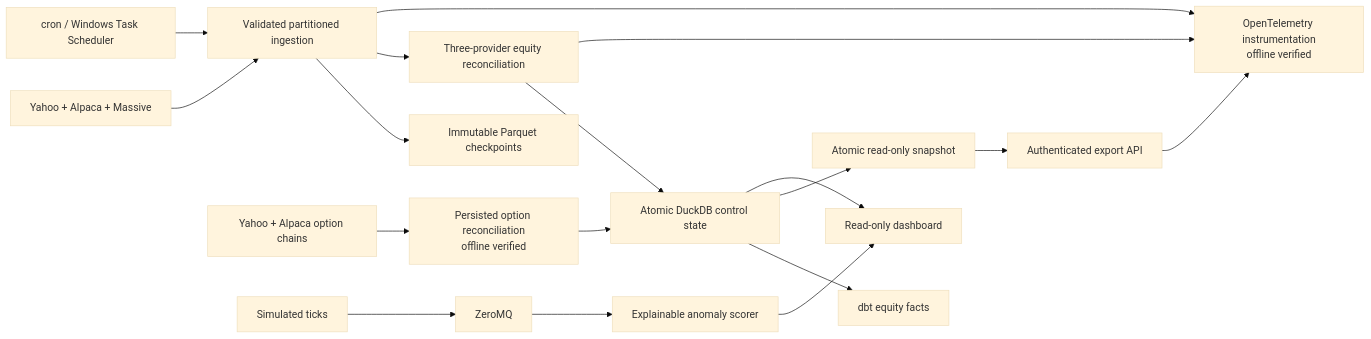
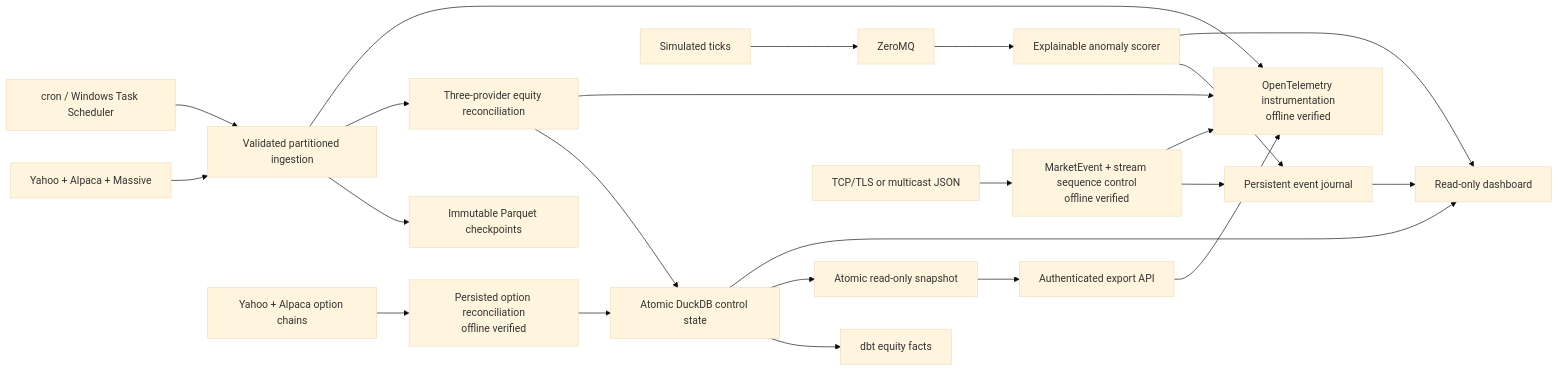
The first of 4 diagrams in docs/SYSTEM_DESIGN_WORKFLOW.md (VivekReddy10-08-2004/Automated-reconciliation-engine), drawn with Mermaid (base theme) before and after one commit. The commit also changed other lines of this file and 19 other files, not shown here.

````diff
--- a/docs/SYSTEM_DESIGN_WORKFLOW.md
+++ b/docs/SYSTEM_DESIGN_WORKFLOW.md
@@ -27,18 +28,22 @@
 ```mermaid
 flowchart LR
     providers["Yahoo + Alpaca + Massive"] --> ingestion["Validated partitioned ingestion"]
     ingestion --> parquet["Immutable Parquet checkpoints"]
     ingestion --> equity["Three-provider equity reconciliation"]
     options["Yahoo + Alpaca option chains"] --> optionControl["Persisted option reconciliation\noffline verified"]
     equity --> duckdb["Atomic DuckDB control state"]
     optionControl --> duckdb
     duckdb --> dbt["dbt equity facts"]
     duckdb --> snapshot["Atomic read-only snapshot"]
     snapshot --> api["Authenticated export API"]
     duckdb --> dashboard["Read-only dashboard"]
     simulator["Simulated ticks"] --> zeromq["ZeroMQ"]
     zeromq --> scorer["Explainable anomaly scorer"]
+    network["TCP/TLS or multicast JSON"] --> marketEvent["MarketEvent + stream sequence control\noffline verified"]
+    scorer --> journal["Persistent event journal"]
+    marketEvent --> journal
     scorer --> dashboard
-    ingestion & equity & api --> telemetry["OpenTelemetry instrumentation\noffline verified"]
+    journal --> dashboard
+    ingestion & equity & api & marketEvent --> telemetry["OpenTelemetry instrumentation\noffline verified"]
     scheduler["cron / Windows Task Scheduler"] --> ingestion
 ```
````
